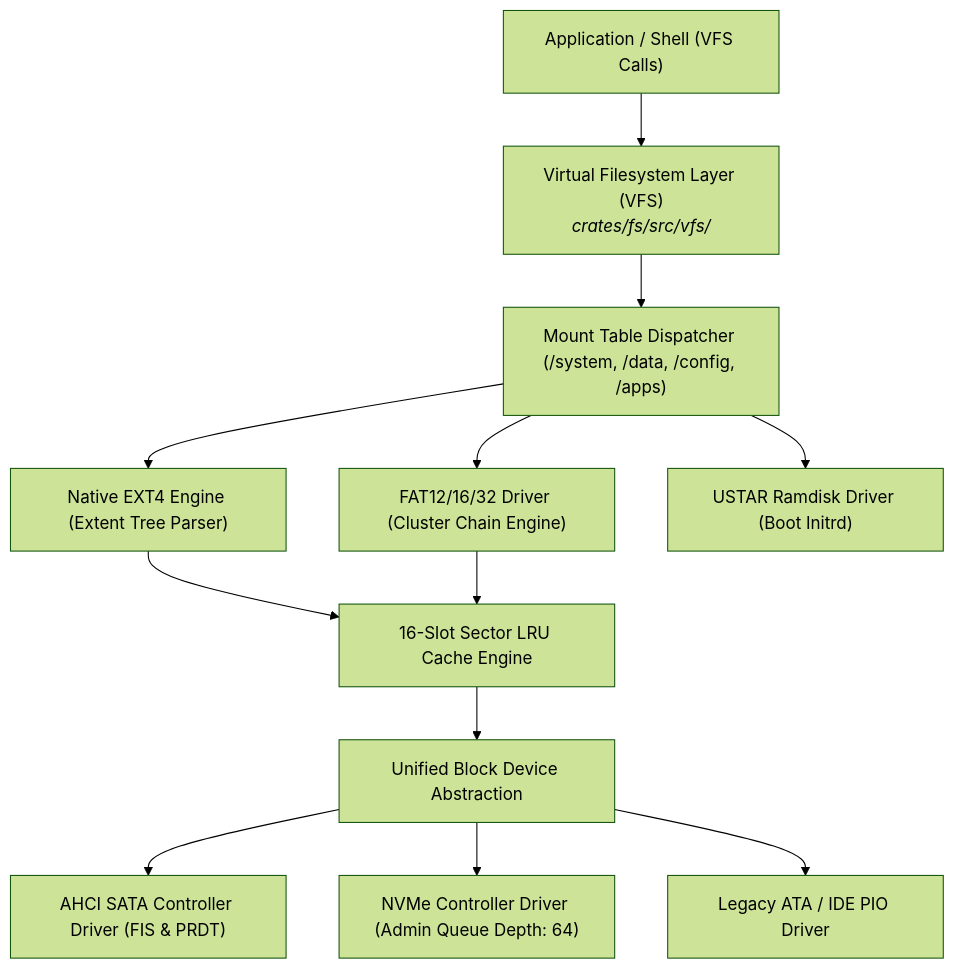
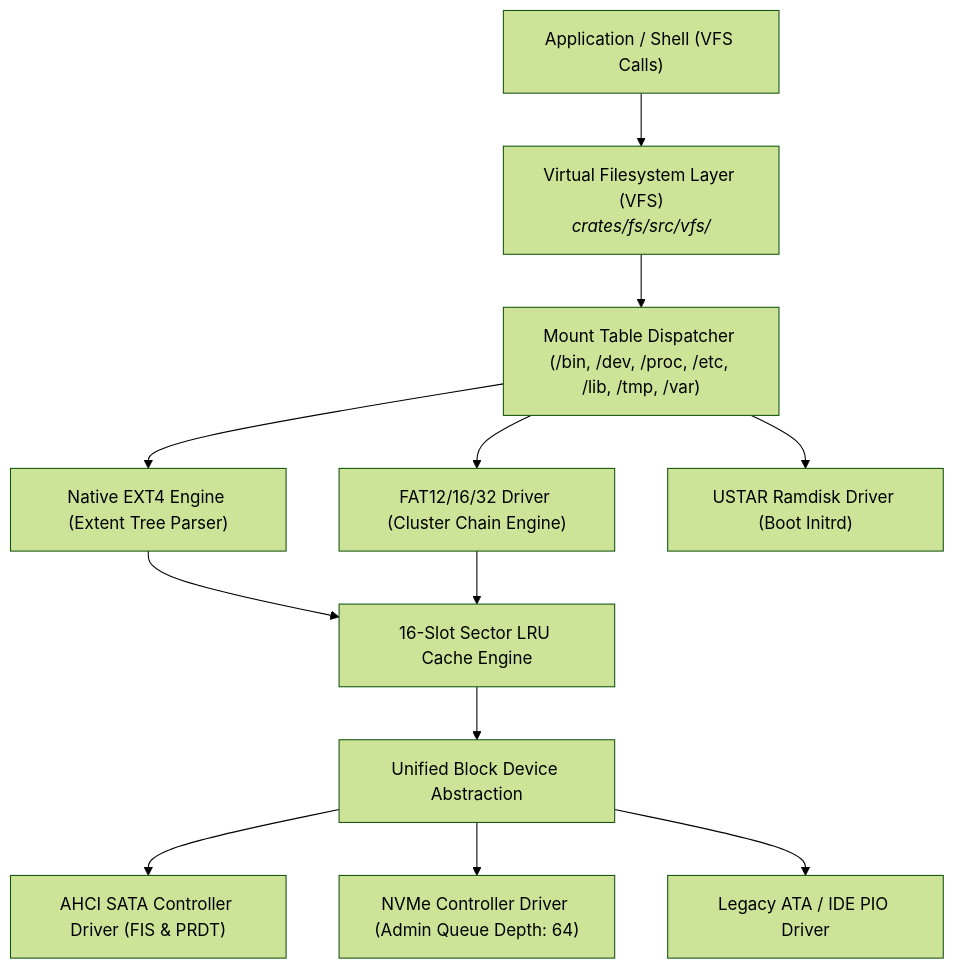
The diagram in docs/journey/storage_vfs.md (mrvlous/keira), drawn with Mermaid (forest theme) before and after one commit. The commit also changed other lines of this file and 11 other files, not shown here.

````diff
--- a/docs/journey/storage_vfs.md
+++ b/docs/journey/storage_vfs.md
@@ -11,13 +11,13 @@
 ```mermaid
 graph TD
     App["Application / Shell (VFS Calls)"] --> VFS["Virtual Filesystem Layer (VFS)<br/><i>crates/fs/src/vfs/</i>"]
-    VFS --> MountTable["Mount Table Dispatcher (/system, /data, /config, /apps)"]
+    VFS --> MountTable["Mount Table Dispatcher (/bin, /dev, /proc, /etc, /lib, /tmp, /var)"]
     MountTable --> EXT4["Native EXT4 Engine (Extent Tree Parser)"]
     MountTable --> FAT["FAT12/16/32 Driver (Cluster Chain Engine)"]
     MountTable --> USTAR["USTAR Ramdisk Driver (Boot Initrd)"]
     EXT4 & FAT --> LRUCache["16-Slot Sector LRU Cache Engine"]
     LRUCache --> BlockDev["Unified Block Device Abstraction"]
     BlockDev --> AHCI["AHCI SATA Controller Driver (FIS & PRDT)"]
     BlockDev --> NVMe["NVMe Controller Driver (Admin Queue Depth: 64)"]
     BlockDev --> ATA["Legacy ATA / IDE PIO Driver"]
 ```
````
